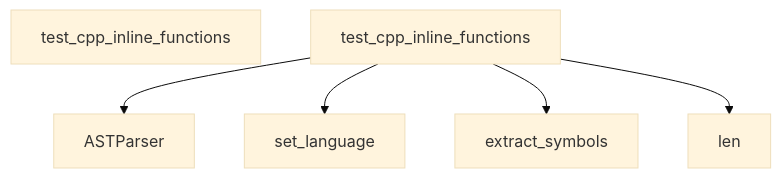
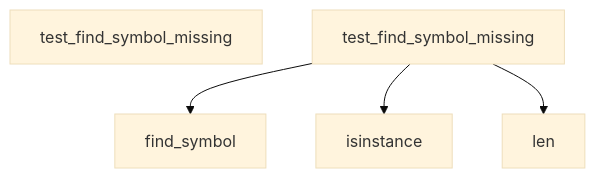
Diagram 22 of 26 in docs/DATA_FLOW.md (hazalkoom/DECODEx01), drawn with Mermaid (base theme) before and after one commit. The commit also changed other lines of this file and 15 other files, not shown here.

Commit message:
feat: NLG phases 2-4 - API scanner, few-shot schema, and story generator

````diff
--- a/docs/DATA_FLOW.md
+++ b/docs/DATA_FLOW.md
@@ -785,21 +775,17 @@
 ```mermaid
 graph TD
-    Start[test_cpp_inline_functions]
+    Start[test_find_symbol_missing]
 
 
-    test_cpp_inline_functions --> ASTParser
+    test_find_symbol_missing --> find_symbol
 
 
 
-    test_cpp_inline_functions --> set_language
+    test_find_symbol_missing --> isinstance
 
 
 
-    test_cpp_inline_functions --> extract_symbols
-
-
-
-    test_cpp_inline_functions --> len
+    test_find_symbol_missing --> len
 
 
 ```
````
